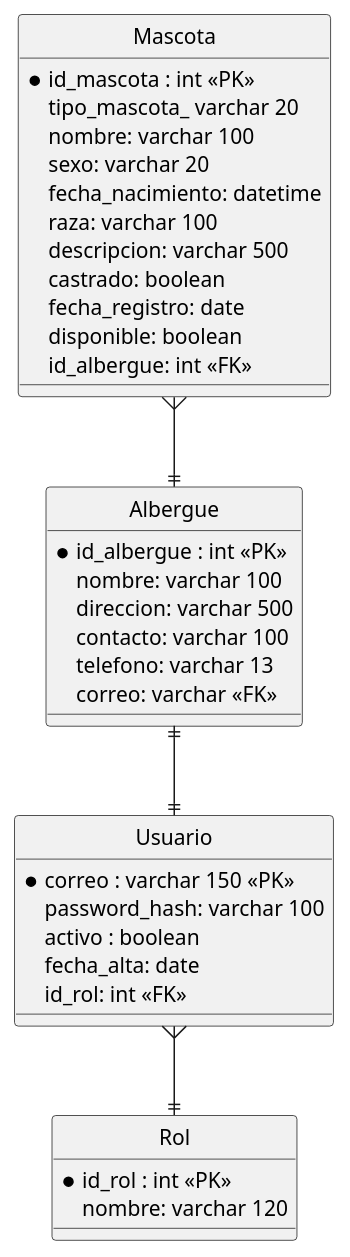
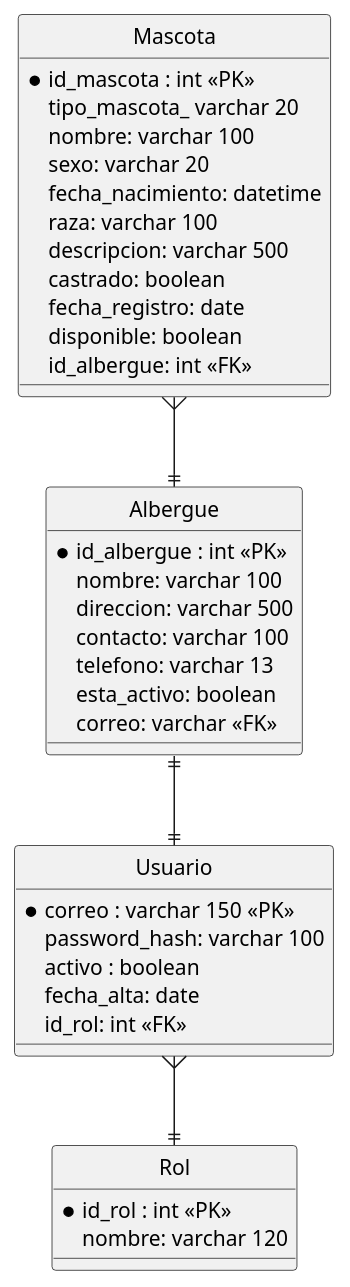
Before and after one commit to rfuentes1/adoptame-api: the diagram in src/main/resources/diagrams/bd.puml, drawn with PlantUML. The commit also changed 4 other files, not shown here.

```diff
--- a/src/main/resources/diagrams/bd.puml
+++ b/src/main/resources/diagrams/bd.puml
@@ -1,47 +1,48 @@
 @startuml~1
 hide circle
 skinparam  class {
     BackgroundColor<<personnel>> #A9DCDF
 }
 
 entity "Rol"{
   *id_rol : int <<PK>>
   nombre: varchar 120
 }
 
 entity "Usuario"{
   *correo : varchar 150 <<PK>>
   password_hash: varchar 100
   activo : boolean
   fecha_alta: date
   id_rol: int <<FK>>
 }
 
 entity "Albergue" {
   *id_albergue : int <<PK>>
   nombre: varchar 100
   direccion: varchar 500
   contacto: varchar 100
   telefono: varchar 13
+  esta_activo: boolean
   correo: varchar <<FK>>
 }
 
 entity "Mascota"{
   *id_mascota : int <<PK>>
   tipo_mascota_ varchar 20
   nombre: varchar 100
   sexo: varchar 20
   fecha_nacimiento: datetime
 	raza: varchar 100
   descripcion: varchar 500
   castrado: boolean
   fecha_registro: date
   disponible: boolean
   id_albergue: int <<FK>>
 }
 
 Usuario }--|| Rol
 Albergue ||--|| Usuario
 Mascota }--|| Albergue
 
 @enduml
```
